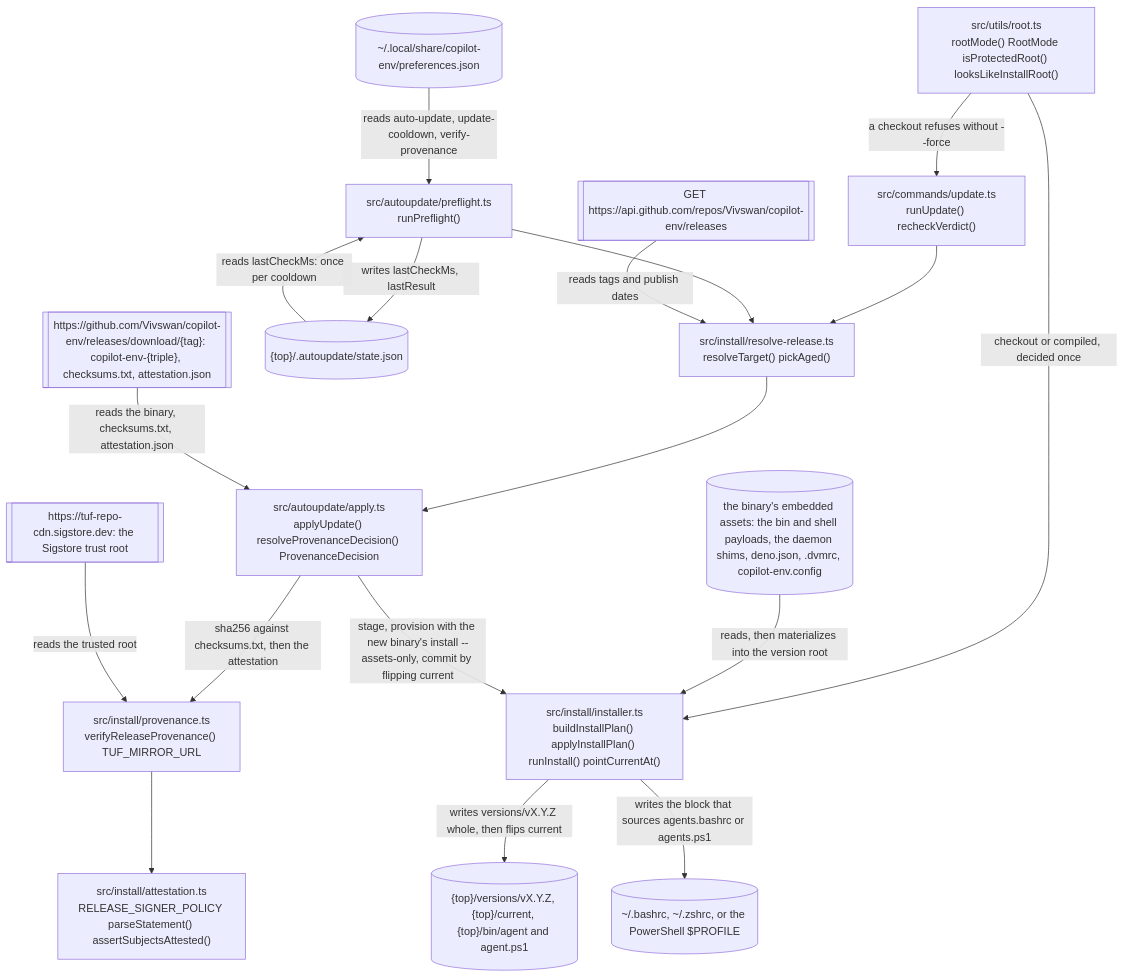
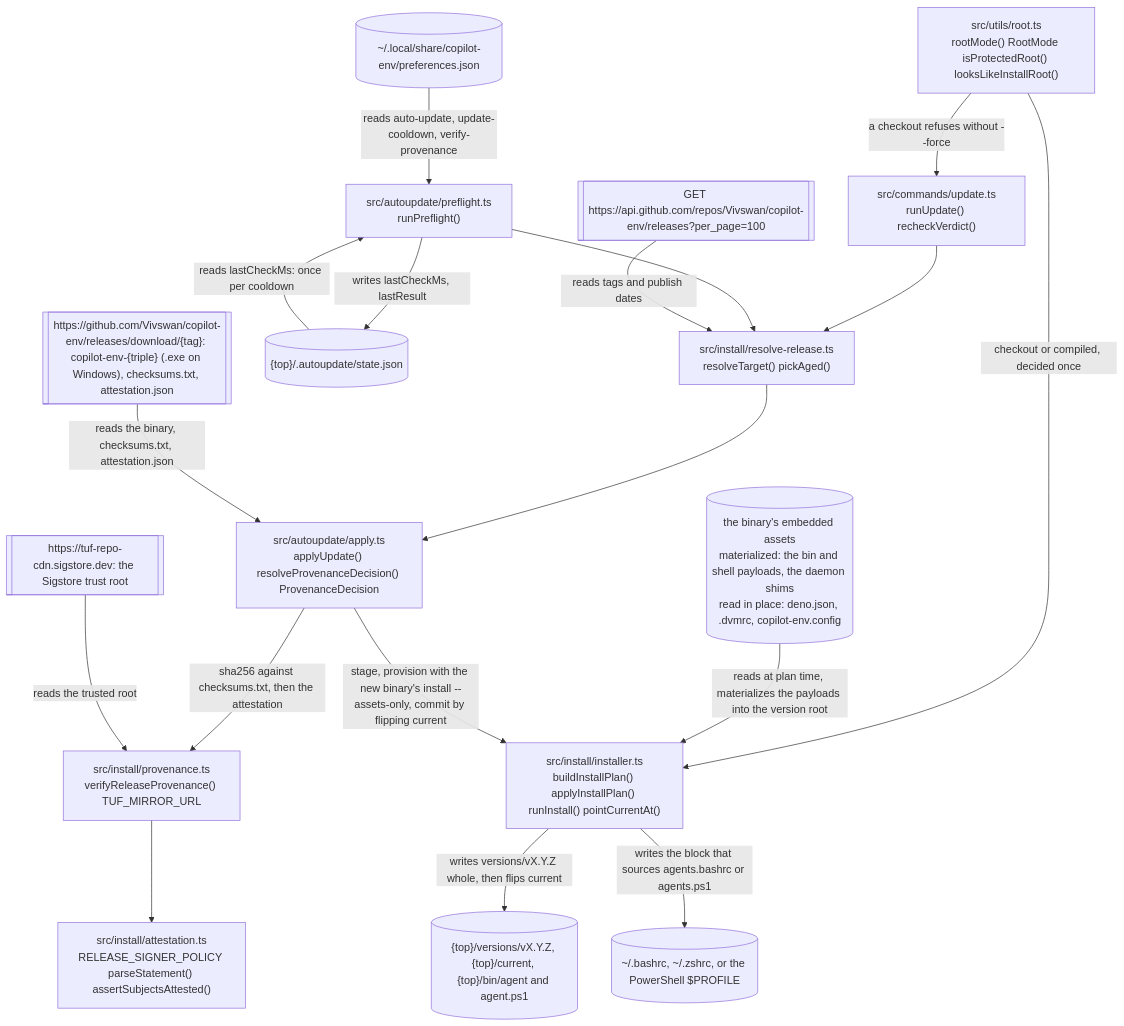
The sixth of 8 diagrams in docs/architecture.md (Vivswan/copilot-env), drawn with Mermaid before and after one commit. The commit also changed other lines of this file, not shown here.

Commit message:
docs: name the write owners and the daemon config the review found missing

````diff
--- a/docs/architecture.md
+++ b/docs/architecture.md
@@ -169,36 +178,36 @@
 ```mermaid
 flowchart TD
-  assets[("the binary's embedded assets: the bin and shell payloads, the daemon shims, deno.json, .dvmrc, copilot-env.config")]
-  releases[["GET https://api.github.com/repos/Vivswan/copilot-env/releases"]]
-  download[["https://github.com/Vivswan/copilot-env/releases/download/{tag}: copilot-env-{triple}, checksums.txt, attestation.json"]]
+  assets[("the binary's embedded assets<br>materialized: the bin and shell payloads, the daemon shims<br>read in place: deno.json, .dvmrc, copilot-env.config")]
+  releases[["GET https://api.github.com/repos/Vivswan/copilot-env/releases?per_page=100"]]
+  download[["https://github.com/Vivswan/copilot-env/releases/download/{tag}: copilot-env-{triple} (.exe on Windows), checksums.txt, attestation.json"]]
   tuf[["https://tuf-repo-cdn.sigstore.dev: the Sigstore trust root"]]
   prefs[("~/.local/share/copilot-env/preferences.json")]
   autostate[("{top}/.autoupdate/state.json")]
   root["src/utils/root.ts<br>rootMode() RootMode isProtectedRoot() looksLikeInstallRoot()"]
   install["src/install/installer.ts<br>buildInstallPlan() applyInstallPlan() runInstall() pointCurrentAt()"]
   update["src/commands/update.ts<br>runUpdate() recheckVerdict()"]
   preflight["src/autoupdate/preflight.ts<br>runPreflight()"]
   release["src/install/resolve-release.ts<br>resolveTarget() pickAged()"]
   apply["src/autoupdate/apply.ts<br>applyUpdate() resolveProvenanceDecision() ProvenanceDecision"]
   prov["src/install/provenance.ts<br>verifyReleaseProvenance() TUF_MIRROR_URL"]
   att["src/install/attestation.ts<br>RELEASE_SIGNER_POLICY parseStatement() assertSubjectsAttested()"]
   layout[("{top}/versions/vX.Y.Z, {top}/current, {top}/bin/agent and agent.ps1")]
   rcfile[("~/.bashrc, ~/.zshrc, or the PowerShell $PROFILE")]
   root -->|"checkout or compiled, decided once"| install
   root -->|"a checkout refuses without --force"| update
-  assets -->|"reads, then materializes into the version root"| install
+  assets -->|"reads at plan time, materializes the payloads into the version root"| install
   prefs -->|"reads auto-update, update-cooldown, verify-provenance"| preflight
   autostate -->|"reads lastCheckMs: once per cooldown"| preflight
   update --> release
   preflight --> release
   releases -->|"reads tags and publish dates"| release
   release --> apply
   download -->|"reads the binary, checksums.txt, attestation.json"| apply
   apply -->|"sha256 against checksums.txt, then the attestation"| prov
   tuf -->|"reads the trusted root"| prov
   prov --> att
   apply -->|"stage, provision with the new binary's install --assets-only, commit by flipping current"| install
   install -->|"writes versions/vX.Y.Z whole, then flips current"| layout
   install -->|"writes the block that sources agents.bashrc or agents.ps1"| rcfile
   preflight -->|"writes lastCheckMs, lastResult"| autostate
 ```
````
